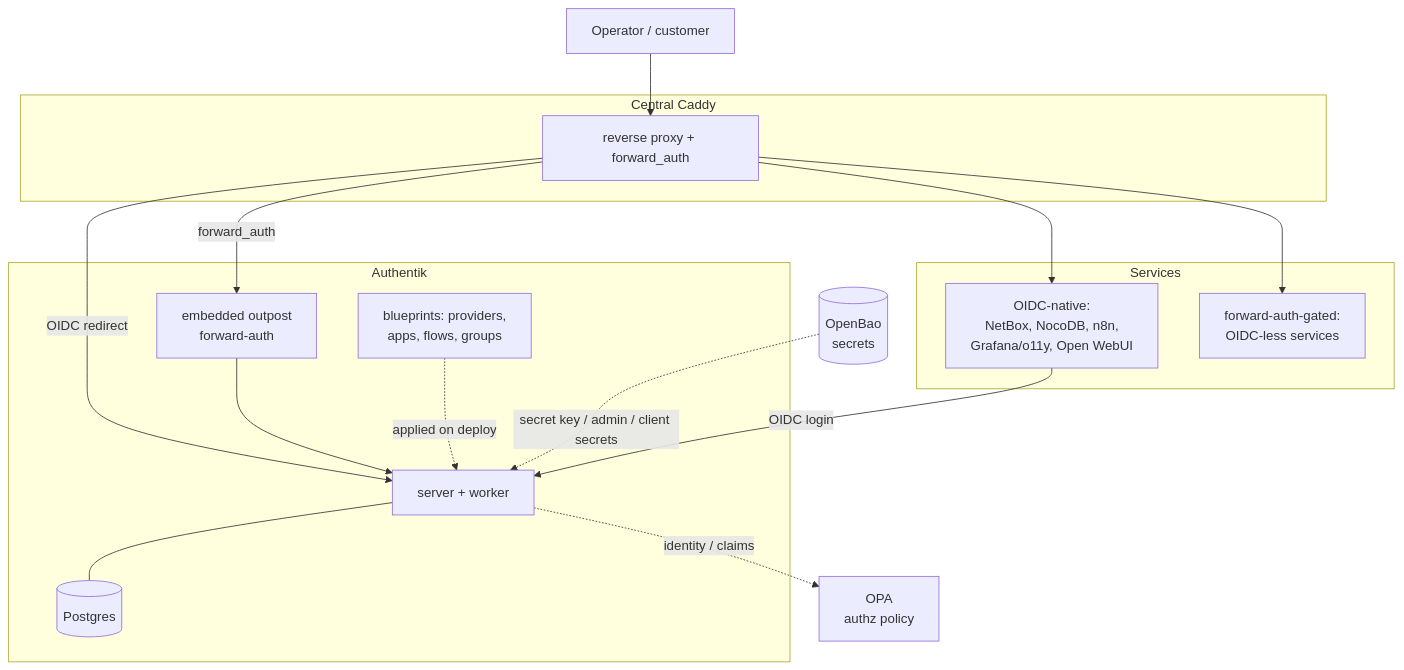
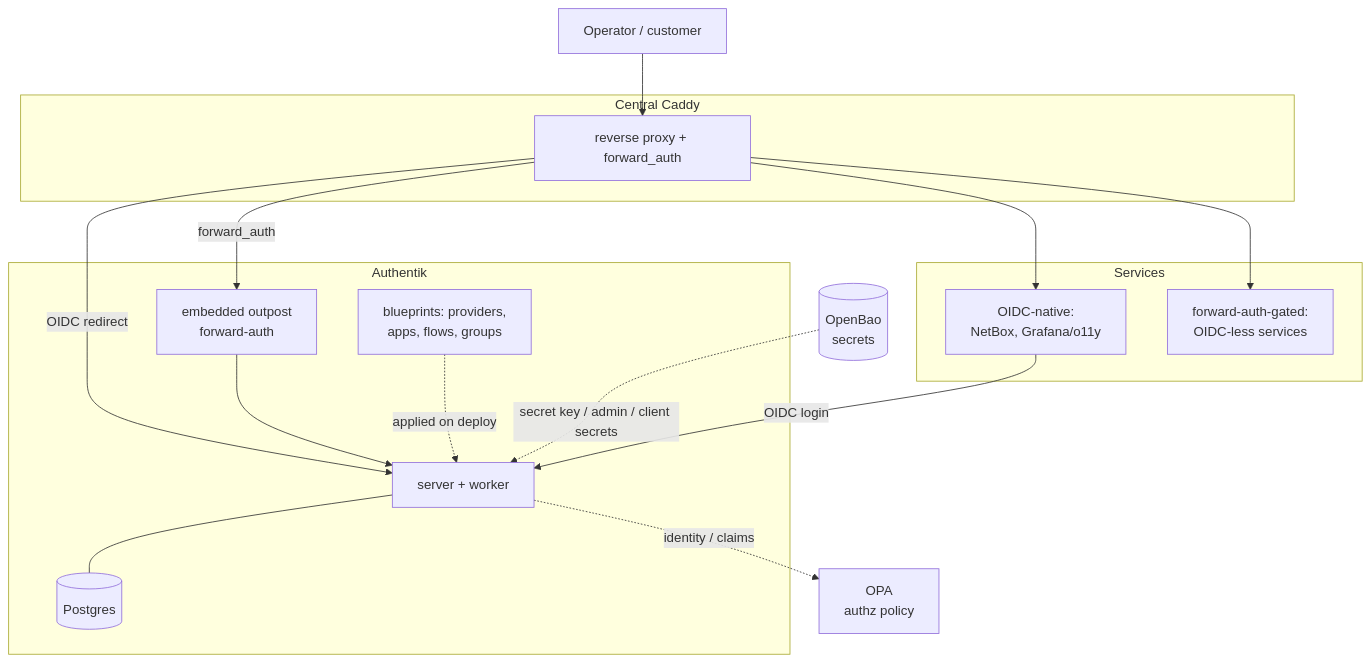
One commit to uhstray-io/agent-cloud changed the second of 2 diagrams in plan/archive/development/AUTH-SSO-DEPLOYMENT.md. Above: the diagram before and after it, drawn with Mermaid. The commit also changed other lines of this file and 29 other files, not shown here.

````diff
--- a/plan/archive/development/AUTH-SSO-DEPLOYMENT.md
+++ b/plan/archive/development/AUTH-SSO-DEPLOYMENT.md
@@ -75,31 +72,31 @@
 ```mermaid
 flowchart TB
   USER[Operator / customer]
   subgraph edge[Central Caddy]
     CAD[reverse proxy + forward_auth]
   end
   subgraph idp[Authentik]
     AKS[server + worker]
     AKO[embedded outpost<br/>forward-auth]
     AKP[(Postgres)]
     BP[blueprints: providers,<br/>apps, flows, groups]
   end
   subgraph fleet[Services]
-    OIDC[OIDC-native:<br/>NetBox, NocoDB, n8n,<br/>Grafana/o11y, Open WebUI]
+    OIDC[OIDC-native:<br/>NetBox, Grafana/o11y]
     FWD[forward-auth-gated:<br/>OIDC-less services]
   end
   BAO[(OpenBao<br/>secrets)]
   OPA[OPA<br/>authz policy]
 
   USER --> CAD
   CAD -->|OIDC redirect| AKS
   CAD -->|forward_auth| AKO
   AKO --> AKS
   AKS --- AKP
   BP -.applied on deploy.-> AKS
   BAO -.secret key / admin / client secrets.-> AKS
   OIDC -->|OIDC login| AKS
   CAD --> OIDC
   CAD --> FWD
   AKS -.identity / claims.-> OPA
 ```
````
